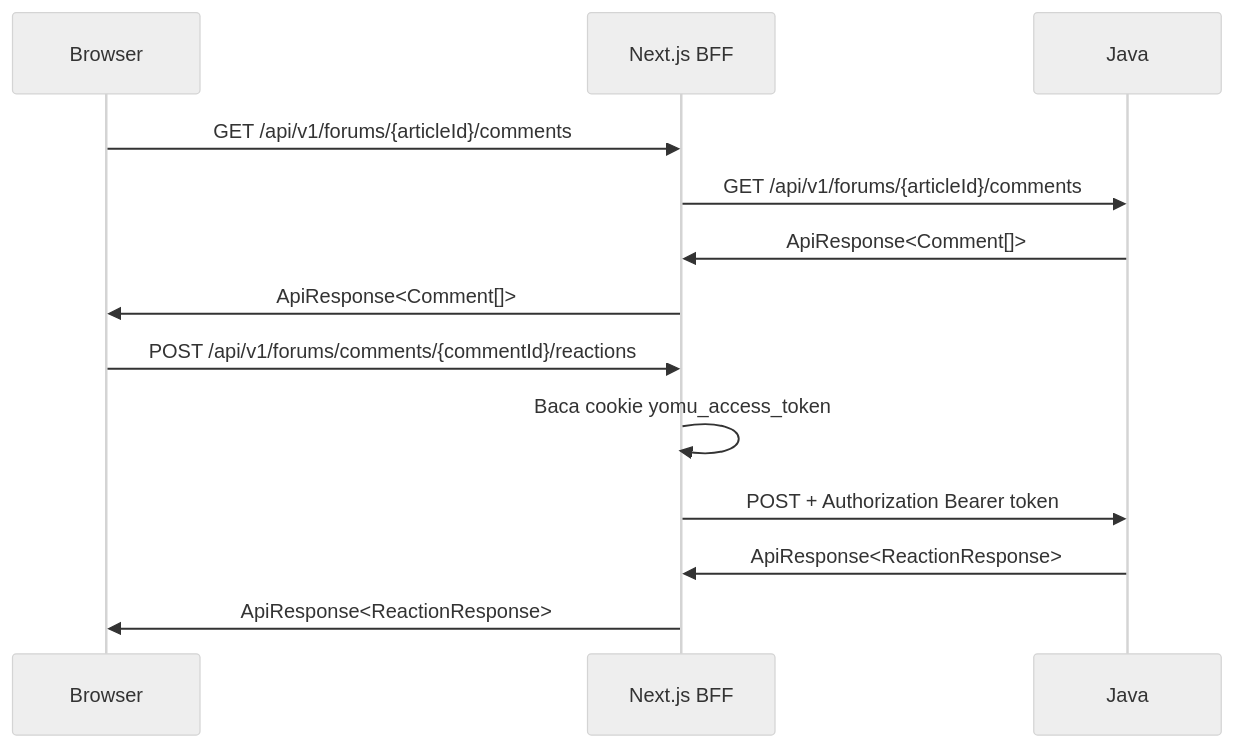
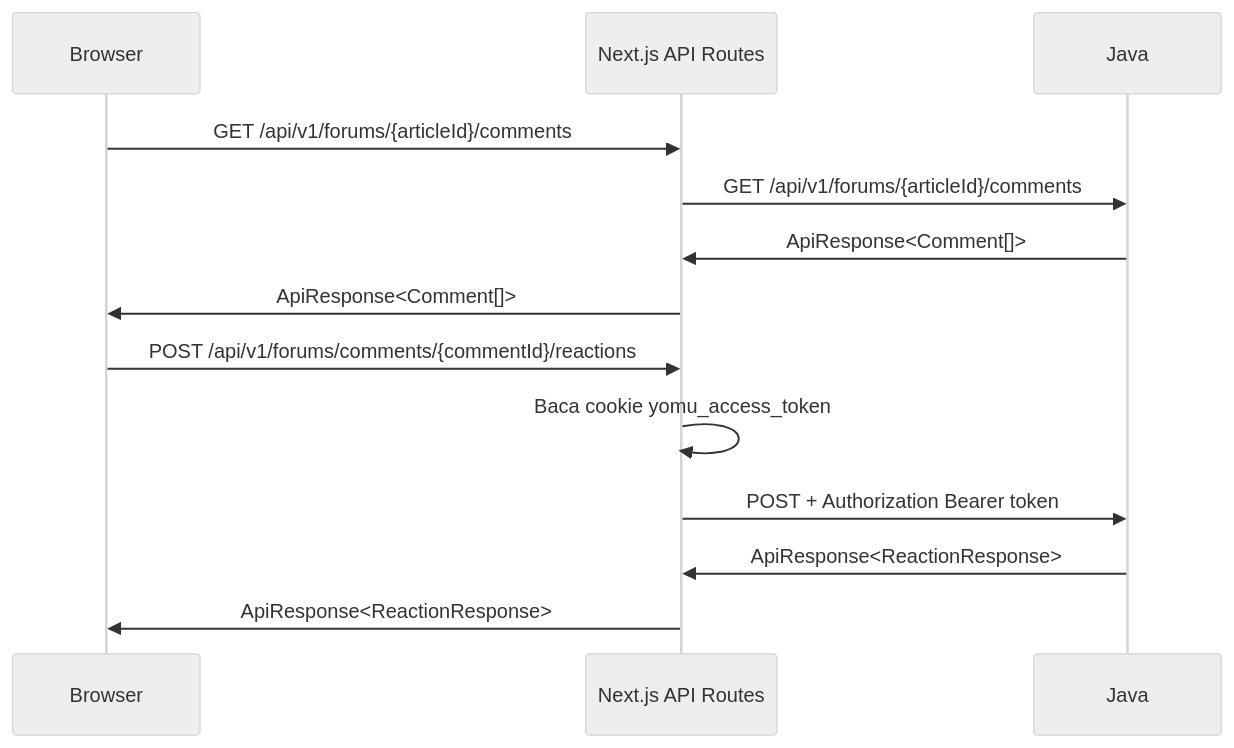
Before and after one commit to advprog-2026-A14-project/yomu-docs: the second of 2 diagrams in content/docs/backend-java/forum.mdx, drawn with Mermaid (neutral theme). The commit also changed other lines of this file and 14 other files, not shown here.

````diff
--- a/content/docs/backend-java/forum.mdx
+++ b/content/docs/backend-java/forum.mdx
@@ -202,13 +202,13 @@
 ```mermaid
 sequenceDiagram
-    Browser->>Next.js BFF: GET /api/v1/forums/{articleId}/comments
-    Next.js BFF->>Java: GET /api/v1/forums/{articleId}/comments
-    Java->>Next.js BFF: ApiResponse<Comment[]>
-    Next.js BFF->>Browser: ApiResponse<Comment[]>
+    Browser->>Next.js API Routes: GET /api/v1/forums/{articleId}/comments
+    Next.js API Routes->>Java: GET /api/v1/forums/{articleId}/comments
+    Java->>Next.js API Routes: ApiResponse<Comment[]>
+    Next.js API Routes->>Browser: ApiResponse<Comment[]>
 
-    Browser->>Next.js BFF: POST /api/v1/forums/comments/{commentId}/reactions
-    Next.js BFF->>Next.js BFF: Baca cookie yomu_access_token
-    Next.js BFF->>Java: POST + Authorization Bearer token
-    Java->>Next.js BFF: ApiResponse<ReactionResponse>
-    Next.js BFF->>Browser: ApiResponse<ReactionResponse>
+    Browser->>Next.js API Routes: POST /api/v1/forums/comments/{commentId}/reactions
+    Next.js API Routes->>Next.js API Routes: Baca cookie yomu_access_token
+    Next.js API Routes->>Java: POST + Authorization Bearer token
+    Java->>Next.js API Routes: ApiResponse<ReactionResponse>
+    Next.js API Routes->>Browser: ApiResponse<ReactionResponse>
 ```
````
